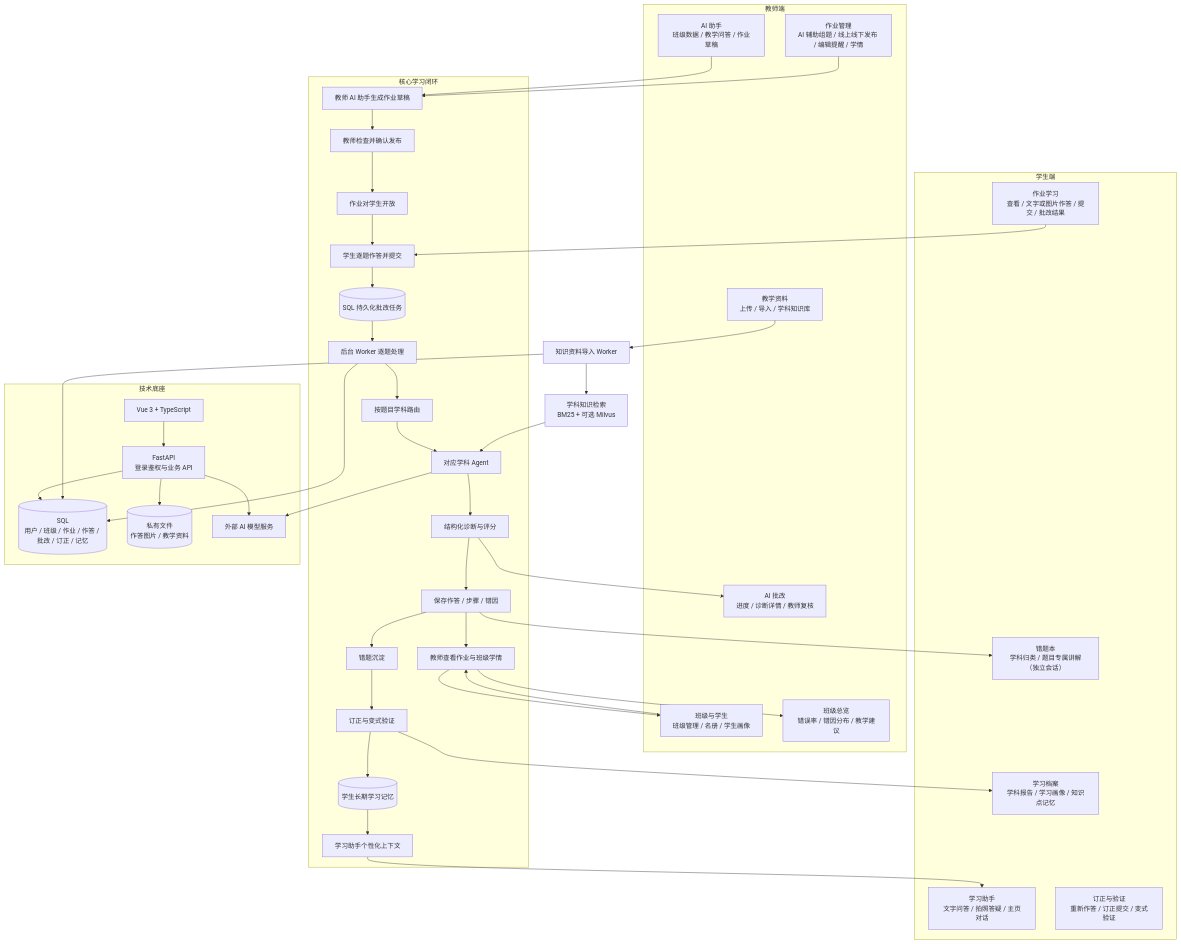
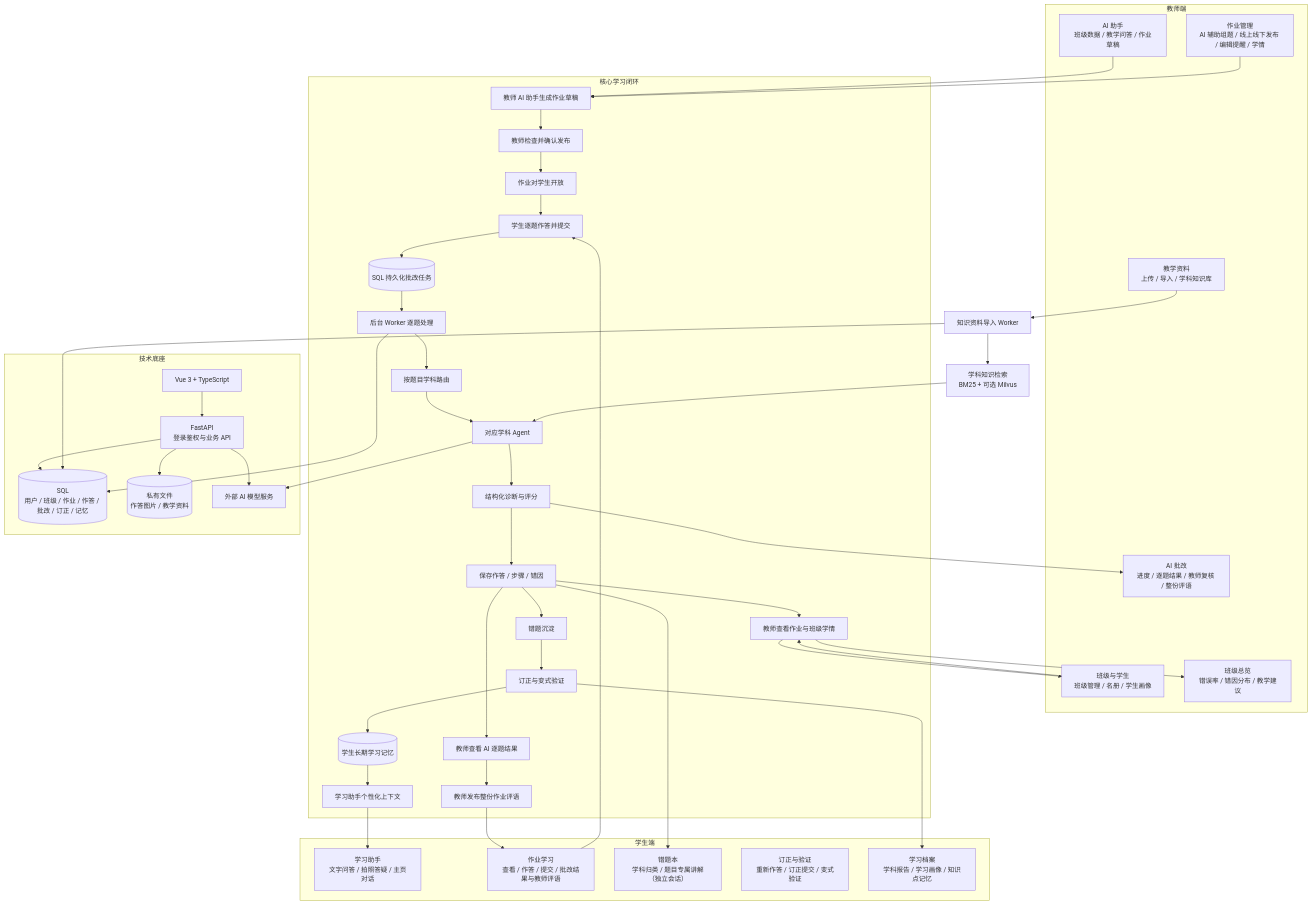
The diagram in docs/技术资料/project-overview.md (iLian-150/Remedi), drawn with Mermaid before and after one commit. The commit also changed 2 other files, not shown here.

Commit message:
补充教师评语流程文档
更新项目概览、批改工作流及数据接口索引，说明教师发布评语和学生查看位置。

````diff
--- a/docs/技术资料/project-overview.md
+++ b/docs/技术资料/project-overview.md
@@ -9,66 +9,69 @@
 ```mermaid
 flowchart TB
     subgraph Teacher[教师端]
         TeacherAssistant[AI 助手\n班级数据 / 教学问答 / 作业草稿]
         ClassStudent[班级与学生\n班级管理 / 名册 / 学生画像]
         AssignmentManage[作业管理\nAI 辅助组题 / 线上线下发布 / 编辑提醒 / 学情]
-        GradingReview[AI 批改\n进度 / 诊断详情 / 教师复核]
+        GradingReview[AI 批改\n进度 / 逐题结果 / 教师复核 / 整份评语]
         Dashboard[班级总览\n错误率 / 错因分布 / 教学建议]
         Materials[教学资料\n上传 / 导入 / 学科知识库]
     end
 
     subgraph Student[学生端]
         StudentAssistant[学习助手\n文字问答 / 拍照答疑 / 主页对话]
-        StudentAssignment[作业学习\n查看 / 文字或图片作答 / 提交 / 批改结果]
+        StudentAssignment[作业学习\n查看 / 作答 / 提交 / 批改结果与教师评语]
         MistakeBook[错题本\n学科归类 / 题目专属讲解（独立会话）]
         Correction[订正与验证\n重新作答 / 订正提交 / 变式验证]
         Profile[学习档案\n学科报告 / 学习画像 / 知识点记忆]
     end
 
     subgraph Learning[核心学习闭环]
         Draft[教师 AI 助手生成作业草稿] --> Review[教师检查并确认发布]
         Review --> Published[作业对学生开放]
         Published --> Answer[学生逐题作答并提交]
         Answer --> Job[(SQL 持久化批改任务)]
         Job --> Worker[后台 Worker 逐题处理]
         Worker --> Route[按题目学科路由]
         Route --> Agent[对应学科 Agent]
         Agent --> Diagnosis[结构化诊断与评分]
         Diagnosis --> Save[保存作答 / 步骤 / 错因]
         Save --> Mistake[错题沉淀]
         Mistake --> Fix[订正与变式验证]
         Fix --> Memory[(学生长期学习记忆)]
         Memory --> Personalized[学习助手个性化上下文]
         Save --> ClassAnalytics[教师查看作业与班级学情]
+        Save --> TeacherGrading[教师查看 AI 逐题结果]
+        TeacherGrading --> TeacherComment[教师发布整份作业评语]
+        TeacherComment --> StudentAssignment
     end
 
     TeacherAssistant --> Draft
     AssignmentManage --> Draft
     Materials --> ImportWorker[知识资料导入 Worker]
     ImportWorker --> RAG[学科知识检索\nBM25 + 可选 Milvus]
     RAG --> Agent
     Diagnosis --> GradingReview
     ClassAnalytics --> Dashboard
     ClassAnalytics --> ClassStudent
     Personalized --> StudentAssistant
     StudentAssignment --> Answer
     Save --> MistakeBook
     Fix --> Profile
     ClassStudent --> ClassAnalytics
 
     subgraph Platform[技术底座]
         Frontend[Vue 3 + TypeScript]
         API[FastAPI\n登录鉴权与业务 API]
         SQL[(SQL\n用户 / 班级 / 作业 / 作答 / 批改 / 订正 / 记忆)]
         Files[(私有文件\n作答图片 / 教学资料)]
         Models[外部 AI 模型服务]
     end
 
     Frontend --> API
     API --> SQL
     API --> Files
     API --> Models
     Worker --> SQL
     ImportWorker --> SQL
     Agent --> Models
 ```
````
